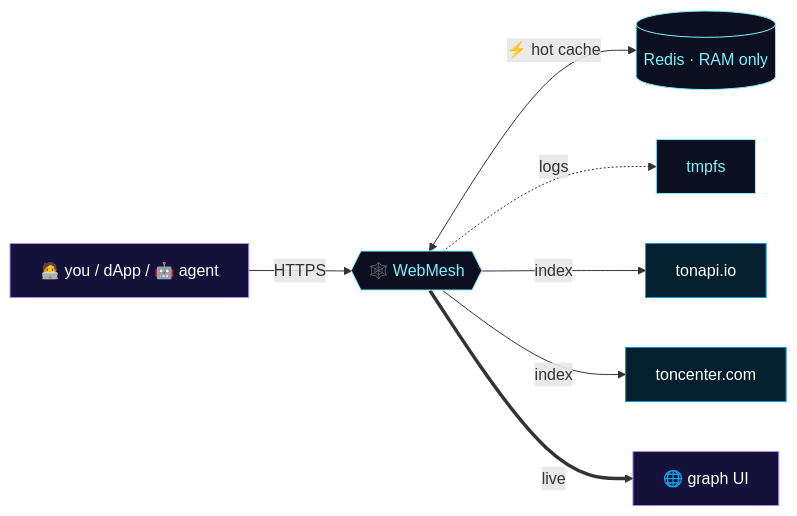
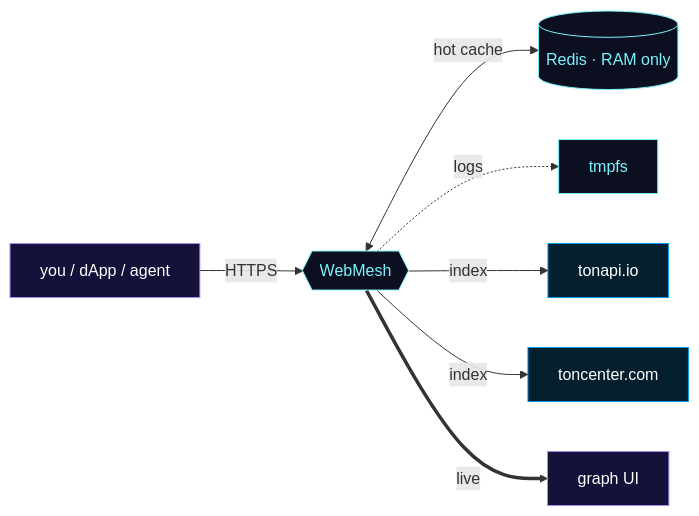
Before and after one commit to AuroraAccess/webmesh: the diagram in README.md, drawn with Mermaid. The commit also changed other lines of this file, not shown here.

````diff
--- a/README.md
+++ b/README.md
@@ -65,12 +121,12 @@
 ```mermaid
 flowchart LR
     classDef you fill:#14123a,stroke:#a78bfa,color:#fff
     classDef core fill:#0b0f1f,stroke:#7cf3ff,color:#7cf3ff
     classDef ext fill:#04202e,stroke:#0098ea,color:#fff
-    U["🧑‍💻 you / dApp / 🤖 agent"]:::you -->|HTTPS| G{{"🕸️ WebMesh"}}:::core
-    G <-->|"⚡ hot cache"| R[("Redis · RAM only")]:::core
+    U["you / dApp / agent"]:::you -->|HTTPS| G{{"WebMesh"}}:::core
+    G <-->|"hot cache"| R[("Redis · RAM only")]:::core
     G -.->|"logs"| T["tmpfs"]:::core
     G -->|"index"| A["tonapi.io"]:::ext
     G -->|"index"| C["toncenter.com"]:::ext
-    G ==>|"live"| V["🌐 graph UI"]:::you
+    G ==>|"live"| V["graph UI"]:::you
 ```
````
